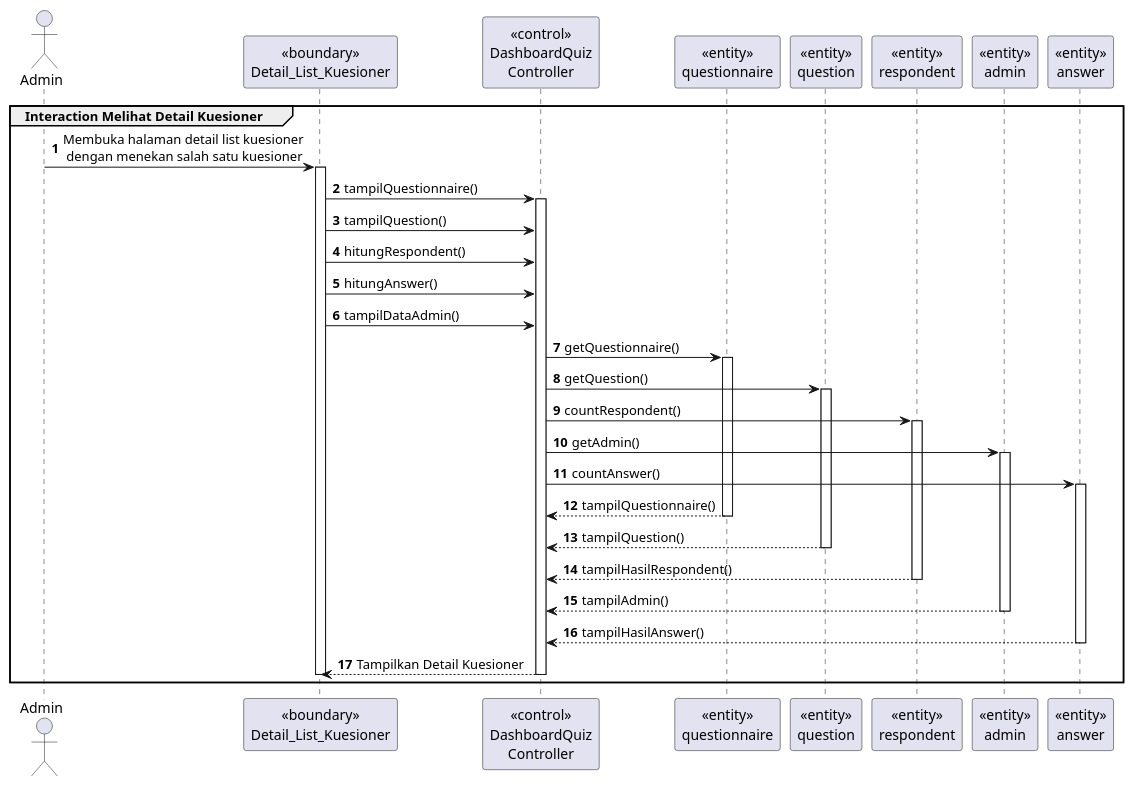
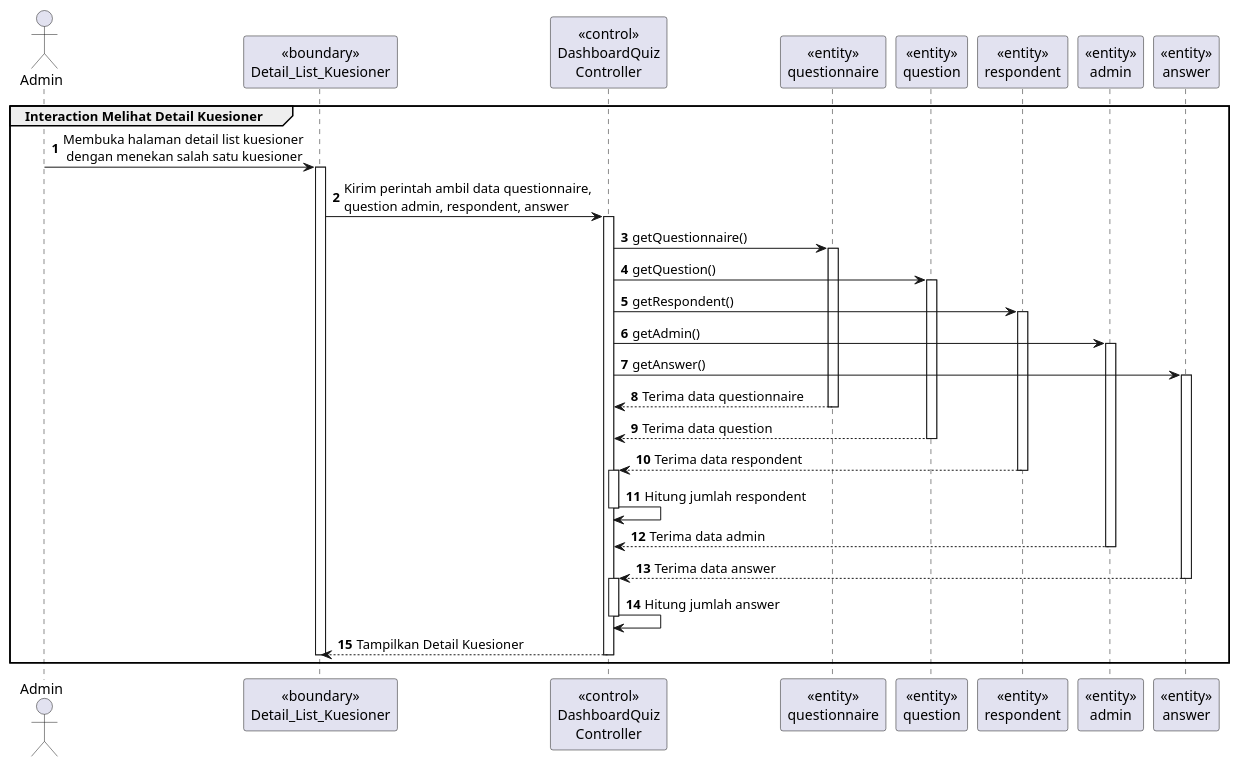
The diagram in documentation/SequenceDiagram/melihatDetailKuesionerAdmin.puml (Churma16/indeks-kepuasan-masyarakat), drawn with PlantUML before and after one commit. The commit also changed 16 other files, not shown here.

```diff
--- a/documentation/SequenceDiagram/melihatDetailKuesionerAdmin.puml
+++ b/documentation/SequenceDiagram/melihatDetailKuesionerAdmin.puml
@@ -1,51 +1,52 @@
-@startuml Interaction Kelola Data
+@startuml Interaction Kelola Data 2
 autonumber
 ' skinparam style strictuml
 ' skinparam SequenceMessageAlignment center
     actor Admin 
     participant "<<boundary>>\nDetail_List_Kuesioner" as dlist
     participant "<<control>>\nDashboardQuiz\nController" as dqcontrol
     participant "<<entity>>\nquestionnaire" as questioner
     participant "<<entity>>\nquestion" as question
     participant "<<entity>>\nrespondent" as respondent
     participant "<<entity>>\nadmin" as admin
     participant "<<entity>>\nanswer" as answer
     group Interaction Melihat Detail Kuesioner
         Admin-> dlist: Membuka halaman detail list kuesioner\n dengan menekan salah satu kuesioner
         activate dlist
-            dlist-> dqcontrol: tampilQuestionnaire()
+            dlist-> dqcontrol: Kirim perintah ambil data questionnaire,\nquestion admin, respondent, answer
                 activate dqcontrol
-                dlist-> dqcontrol: tampilQuestion()
-                dlist-> dqcontrol: hitungRespondent()
-                dlist-> dqcontrol: hitungAnswer()
-                dlist-> dqcontrol: tampilDataAdmin()
-                
                 dqcontrol-> questioner: getQuestionnaire()
                 activate questioner
                 dqcontrol-> question: getQuestion()
                 activate question
-                dqcontrol-> respondent: countRespondent()
+                dqcontrol-> respondent: getRespondent()
                 activate respondent
                 dqcontrol-> admin: getAdmin()
                 activate admin
-                dqcontrol-> answer: countAnswer()
+                dqcontrol-> answer: getAnswer()
                 activate answer
-
-                questioner--> dqcontrol: tampilQuestionnaire()
+                
+                questioner--> dqcontrol: Terima data questionnaire
                 deactivate questioner
-                question--> dqcontrol: tampilQuestion()
+                question--> dqcontrol: Terima data question
                 deactivate question
-                respondent--> dqcontrol: tampilHasilRespondent()
+                respondent--> dqcontrol: Terima data respondent
                 deactivate respondent
-                admin--> dqcontrol: tampilAdmin()
+                activate dqcontrol
+                dqcontrol ->dqcontrol: Hitung jumlah respondent
+                deactivate dqcontrol
+                admin--> dqcontrol: Terima data admin
                 deactivate admin
-                answer--> dqcontrol: tampilHasilAnswer()
+                answer--> dqcontrol: Terima data answer
                 deactivate answer
+                activate dqcontrol
+                dqcontrol ->dqcontrol: Hitung jumlah answer
+                deactivate dqcontrol
 
                 dqcontrol--> dlist: Tampilkan Detail Kuesioner
                 deactivate dqcontrol
         deactivate dlist
         
     end
 
 @enduml
```
